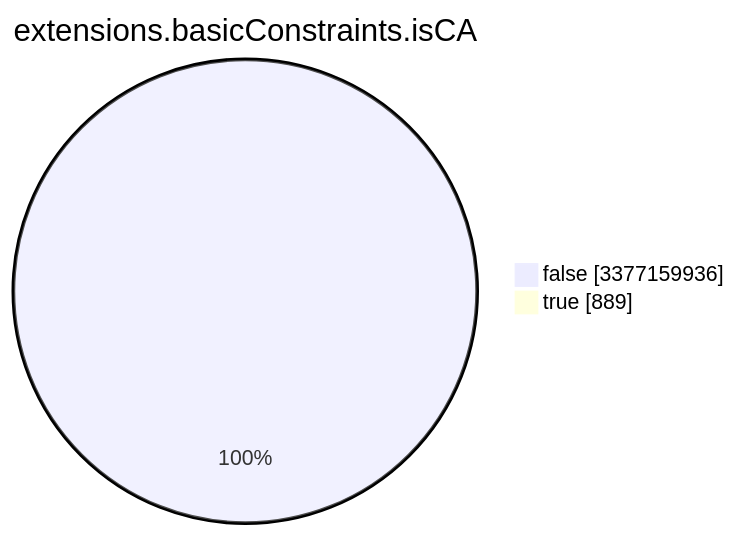
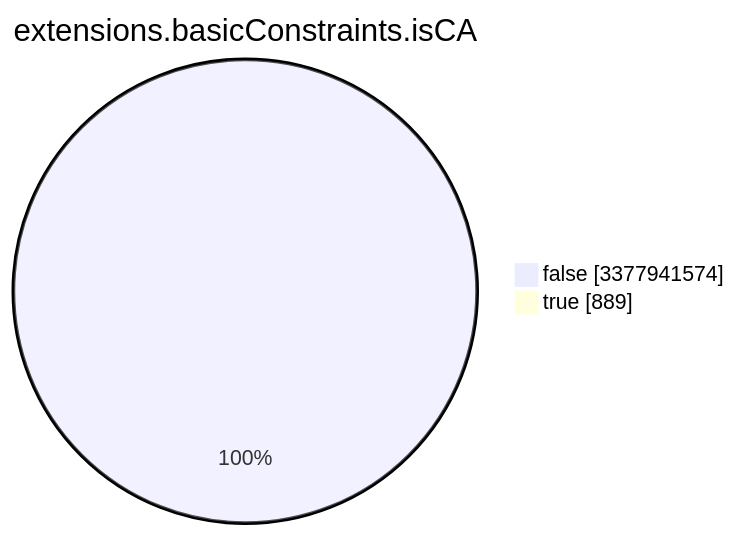
Before and after one commit to christiankrug/ctmonitor_visualization: the seventh of 15 diagrams in TOTAL/README.md, drawn with Mermaid. The commit also changed other lines of this file, not shown here.

````diff
--- a/TOTAL/README.md
+++ b/TOTAL/README.md
@@ -3090,6 +3090,6 @@
 ```mermaid
 pie showData
 title extensions.basicConstraints.isCA
-"false" :3377159936
+"false" :3377941574
 "true" :889
 ```
````
